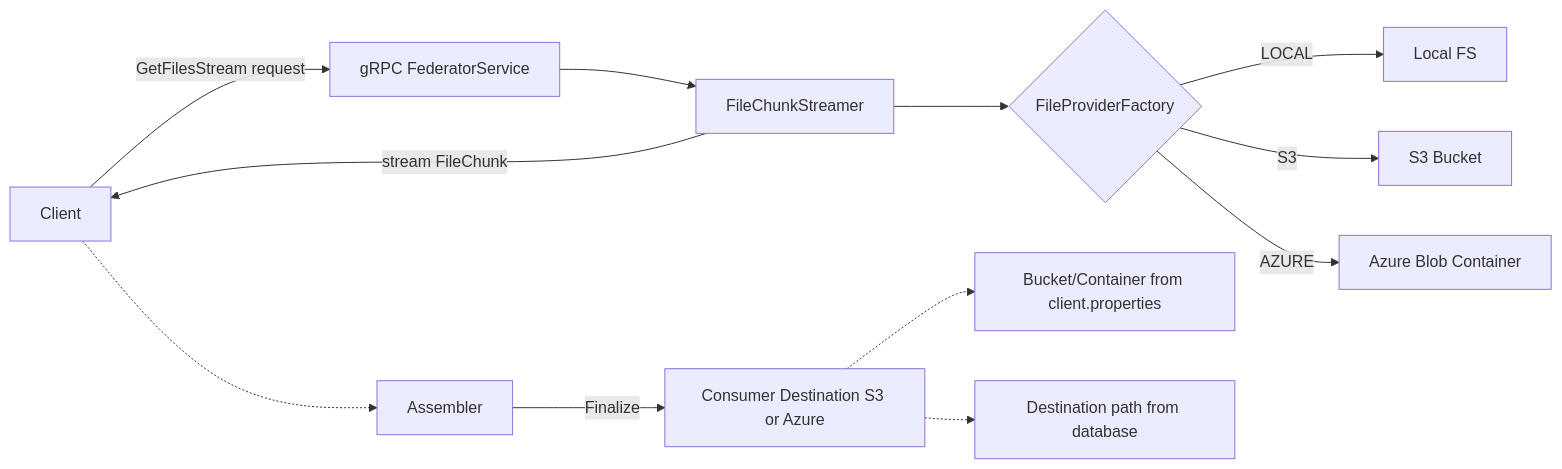
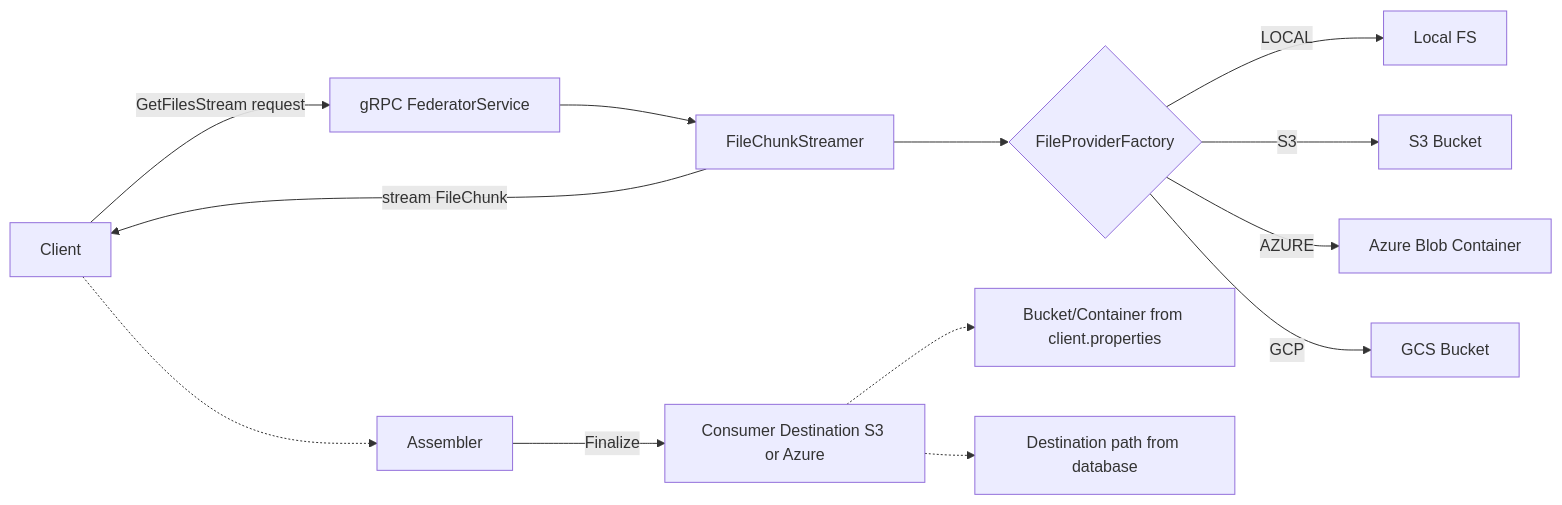
One commit to National-Digital-Twin/federator changed the first of 10 diagrams in docs/FILE_STREAMINING_README.md. Above: the diagram before and after it, drawn with Mermaid. The commit also changed other lines of this file and 11 other files, not shown here.

````diff
--- a/docs/FILE_STREAMINING_README.md
+++ b/docs/FILE_STREAMINING_README.md
@@ -21,15 +21,16 @@
 ```mermaid
 flowchart LR
     A[Client] -- GetFilesStream request --> B[gRPC FederatorService]
     B --> C[FileChunkStreamer]
     C --> D{FileProviderFactory}
     D -->|LOCAL| E[Local FS]
     D -->|S3| F[S3 Bucket]
     D -->|AZURE| Z[Azure Blob Container]
+    D -->|GCP| Y[GCS Bucket]
     C -- stream FileChunk --> A
     A -.-> G[Assembler]
     G -->|Finalize| H[Consumer Destination S3 or Azure]
     %% Using unlabeled dotted edges to avoid Mermaid lexical issues with label text
     H -.-> I[Bucket/Container from client.properties]
     H -.-> J[Destination path from database]
 ```
````
